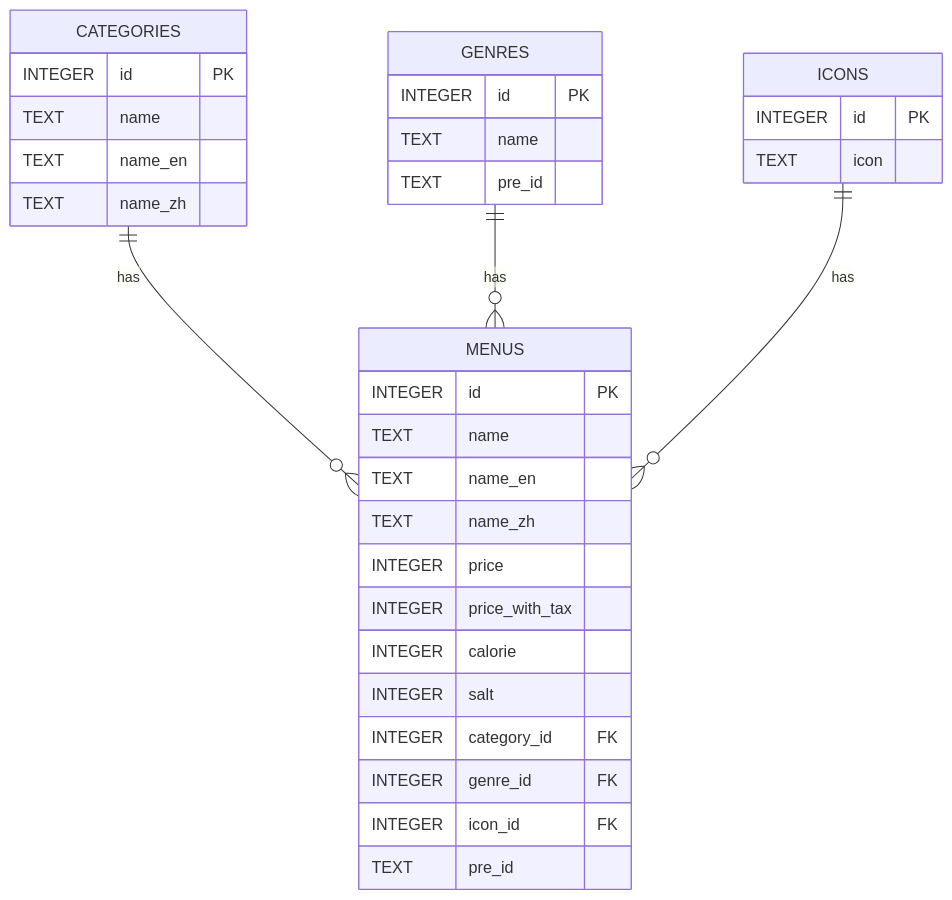
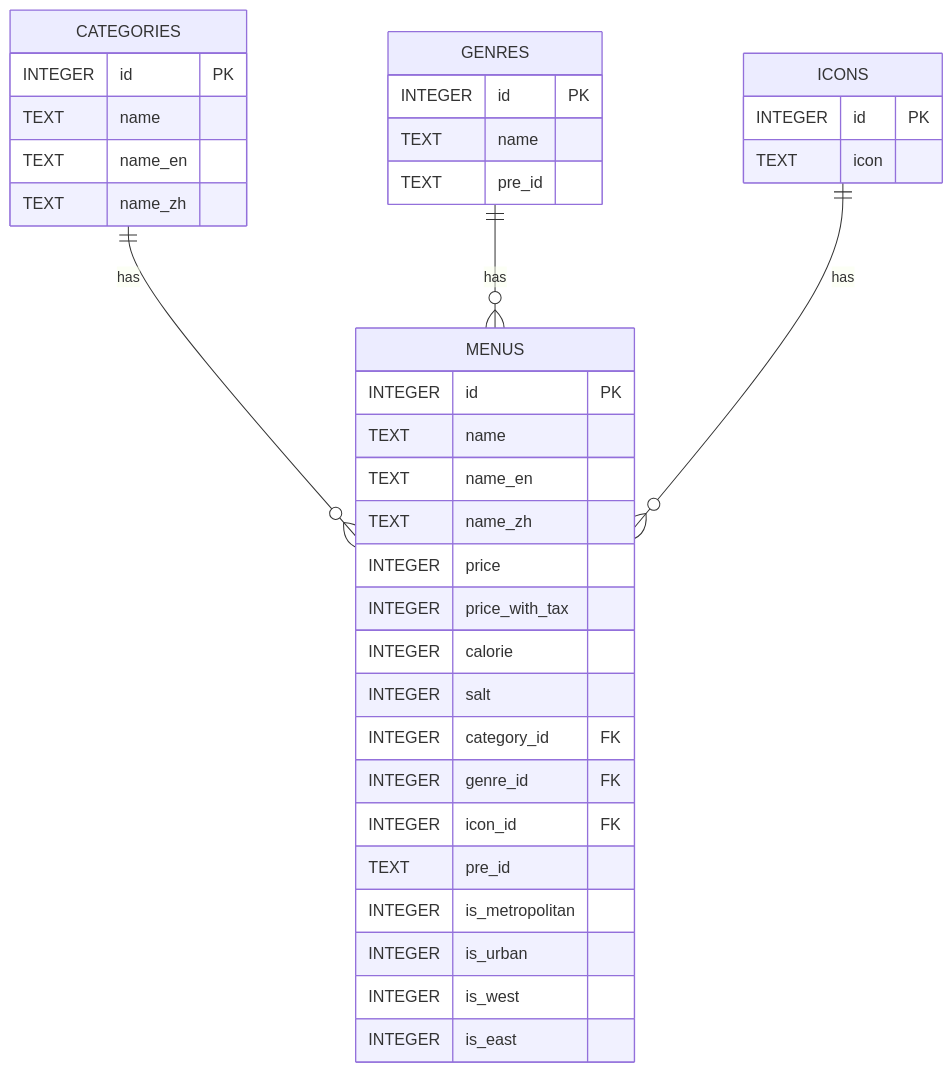
Before and after one commit to ryohidaka/saizeriya-menus: the diagram in docs/database.md, drawn with Mermaid.

Commit message:
docs: ER図に地域別フラグを追加

````diff
--- a/docs/database.md
+++ b/docs/database.md
@@ -5,39 +5,43 @@
 ```mermaid
 erDiagram
     CATEGORIES {
         INTEGER id PK
         TEXT name
         TEXT name_en
         TEXT name_zh
     }
 
     GENRES {
         INTEGER id PK
         TEXT name
         TEXT pre_id
     }
 
     ICONS {
         INTEGER id PK
         TEXT icon
     }
 
     MENUS {
         INTEGER id PK
         TEXT name
         TEXT name_en
         TEXT name_zh
         INTEGER price
         INTEGER price_with_tax
         INTEGER calorie
         INTEGER salt
         INTEGER category_id FK
         INTEGER genre_id FK
         INTEGER icon_id FK
         TEXT pre_id
+        INTEGER is_metropolitan
+        INTEGER is_urban
+        INTEGER is_west
+        INTEGER is_east
     }
 
     CATEGORIES ||--o{ MENUS: "has"
     GENRES ||--o{ MENUS: "has"
     ICONS ||--o{ MENUS: "has"
 ```
````
